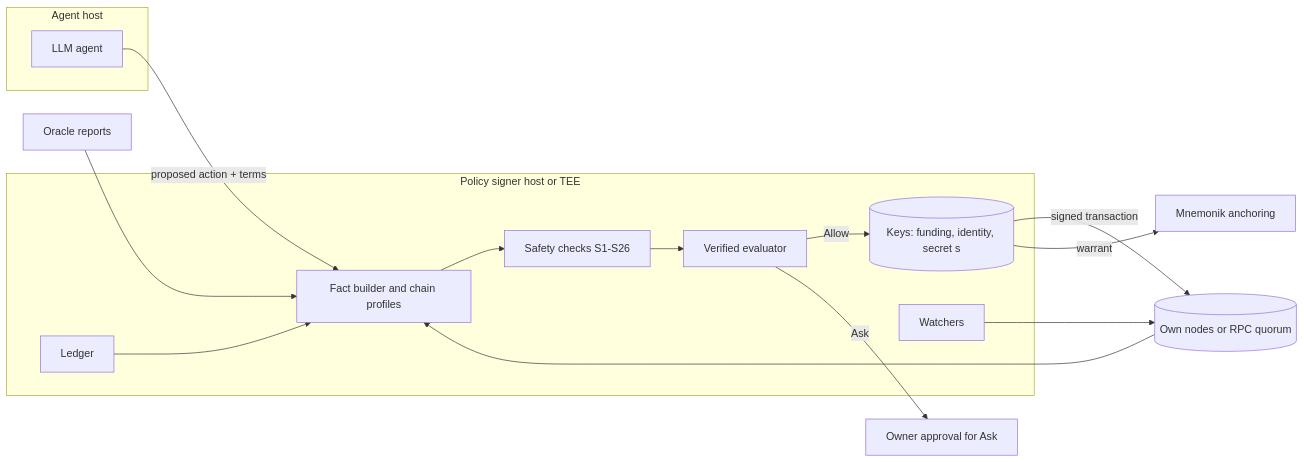
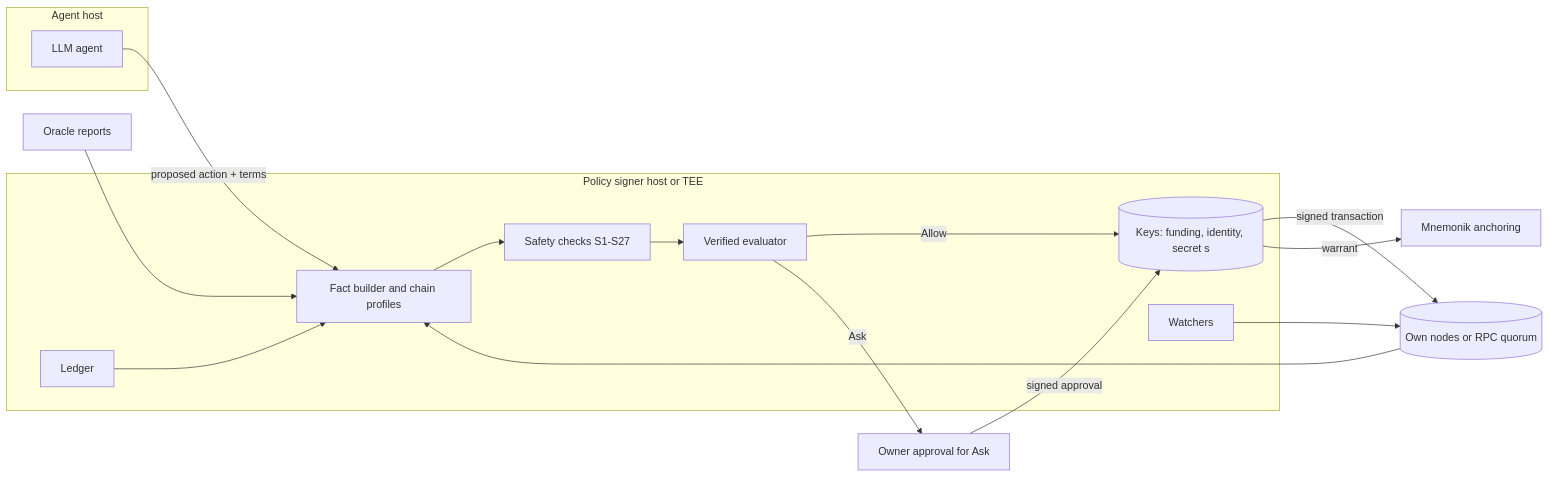
Before and after one commit to mnemonik-xyz/warrant: the second of 2 diagrams in swap/spec.md, drawn with Mermaid. The commit also changed other lines of this file, not shown here.

````diff
--- a/swap/spec.md
+++ b/swap/spec.md
@@ -671,29 +804,30 @@
 ```mermaid
 flowchart LR
   subgraph Agent host
     L[LLM agent]
   end
   subgraph Policy signer host or TEE
     F[Fact builder and chain profiles]
     E[Verified evaluator]
-    S[Safety checks S1-S26]
+    S[Safety checks S1-S27]
     K[(Keys: funding, identity, secret s)]
     W[Watchers]
     G[Ledger]
   end
   N[(Own nodes or RPC quorum)]
   O[Oracle reports]
   M[Mnemonik anchoring]
   H[Owner approval for Ask]
 
   L -- "proposed action + terms" --> F
   N --> F
   O --> F
   G --> F
   F --> S --> E
   E -- Allow --> K
   E -- Ask --> H
+  H -- "signed approval" --> K
   K -- "signed transaction" --> N
   K -- "warrant" --> M
   W --> N
 ```
````
